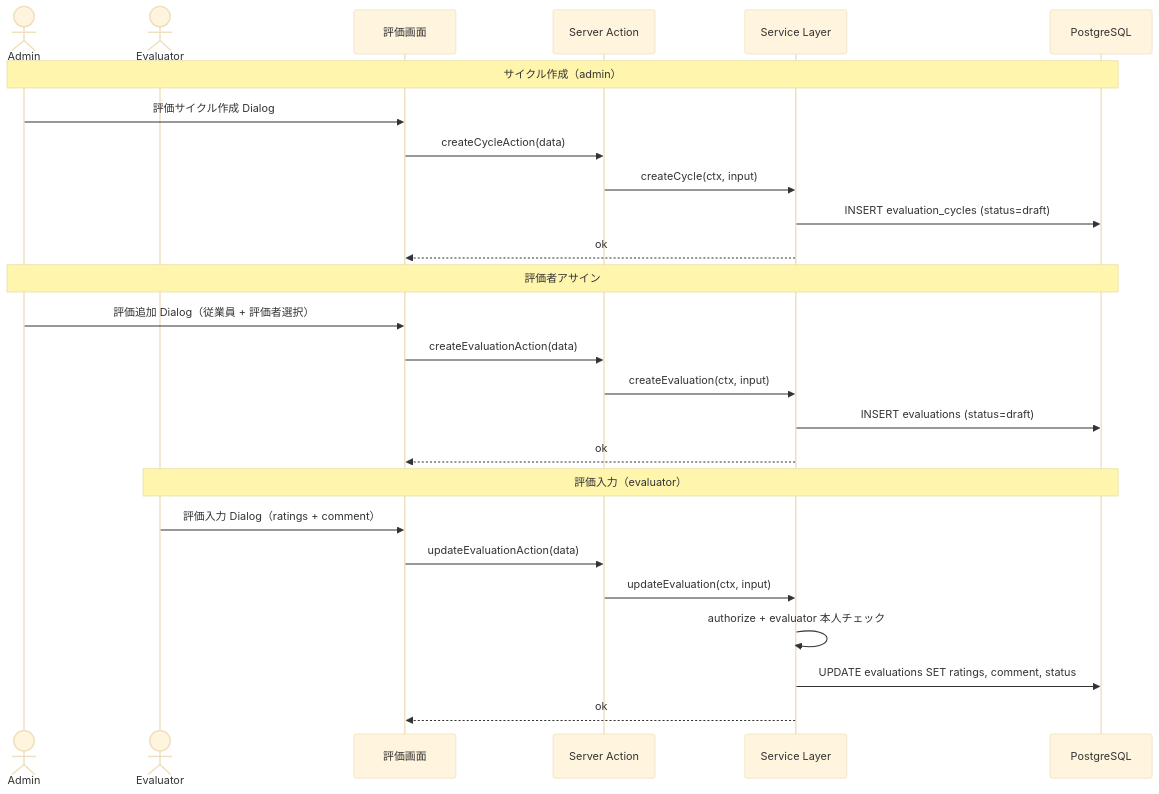
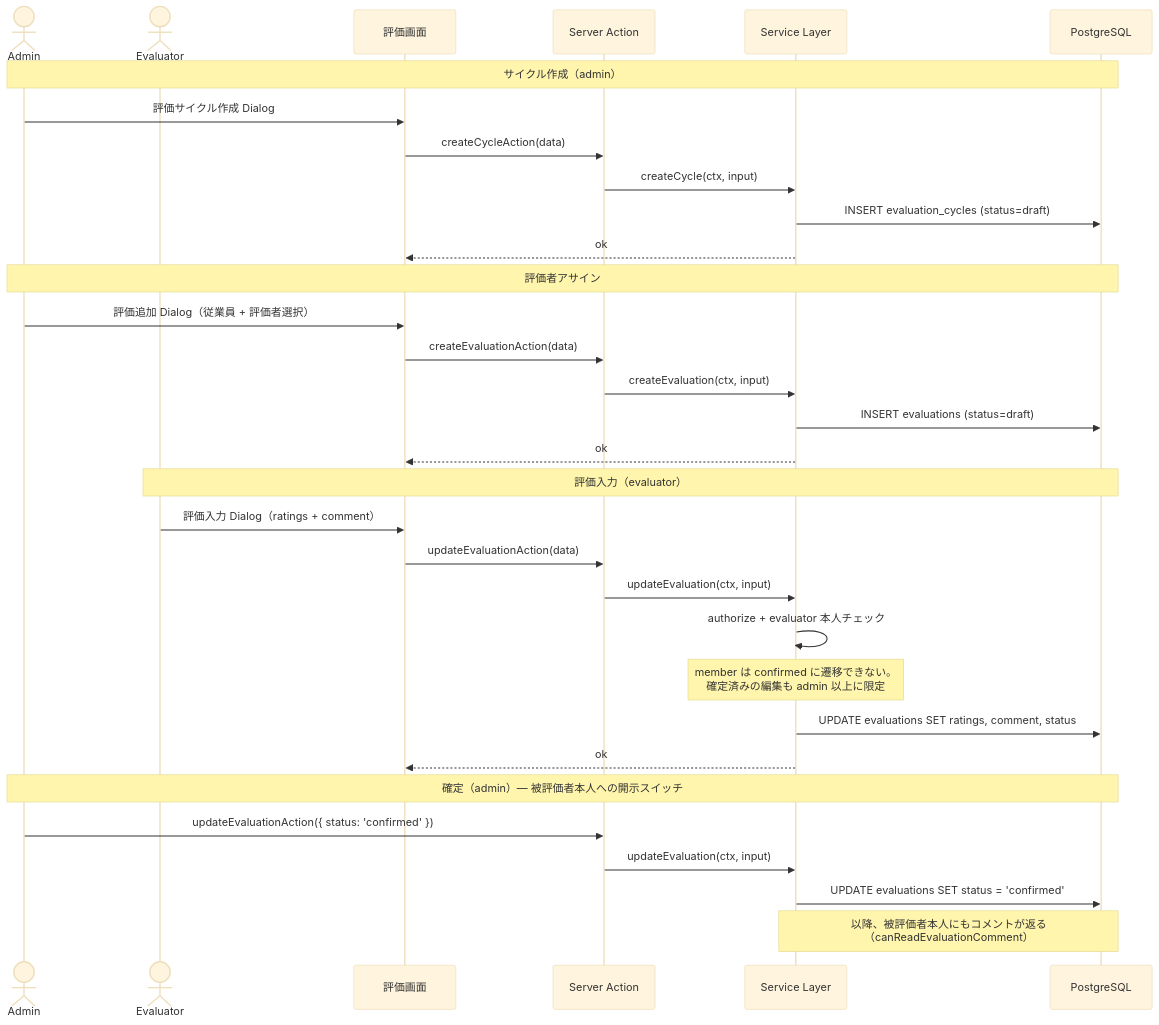
The eighth of 9 diagrams in docs/design/user-flows.md (TakuyaMiyashita/fondra-hr), drawn with Mermaid (base theme) before and after one commit. The commit also changed other lines of this file and 11 other files, not shown here.

````diff
--- a/docs/design/user-flows.md
+++ b/docs/design/user-flows.md
@@ -201,31 +227,38 @@
 ```mermaid
 sequenceDiagram
     actor Admin
     actor Evaluator
     participant UI as 評価画面
     participant SA as Server Action
     participant SVC as Service Layer
     participant DB as PostgreSQL
 
     Note over Admin,DB: サイクル作成（admin）
     Admin->>UI: 評価サイクル作成 Dialog
     UI->>SA: createCycleAction(data)
     SA->>SVC: createCycle(ctx, input)
     SVC->>DB: INSERT evaluation_cycles (status=draft)
     SVC-->>UI: ok
 
     Note over Admin,DB: 評価者アサイン
     Admin->>UI: 評価追加 Dialog（従業員 + 評価者選択）
     UI->>SA: createEvaluationAction(data)
     SA->>SVC: createEvaluation(ctx, input)
     SVC->>DB: INSERT evaluations (status=draft)
     SVC-->>UI: ok
 
     Note over Evaluator,DB: 評価入力（evaluator）
     Evaluator->>UI: 評価入力 Dialog（ratings + comment）
     UI->>SA: updateEvaluationAction(data)
     SA->>SVC: updateEvaluation(ctx, input)
     SVC->>SVC: authorize + evaluator 本人チェック
+    Note over SVC: member は confirmed に遷移できない。<br/>確定済みの編集も admin 以上に限定
     SVC->>DB: UPDATE evaluations SET ratings, comment, status
     SVC-->>UI: ok
+
+    Note over Admin,DB: 確定（admin）— 被評価者本人への開示スイッチ
+    Admin->>SA: updateEvaluationAction({ status: 'confirmed' })
+    SA->>SVC: updateEvaluation(ctx, input)
+    SVC->>DB: UPDATE evaluations SET status = 'confirmed'
+    Note over SVC,DB: 以降、被評価者本人にもコメントが返る<br/>（canReadEvaluationComment）
 ```
````
